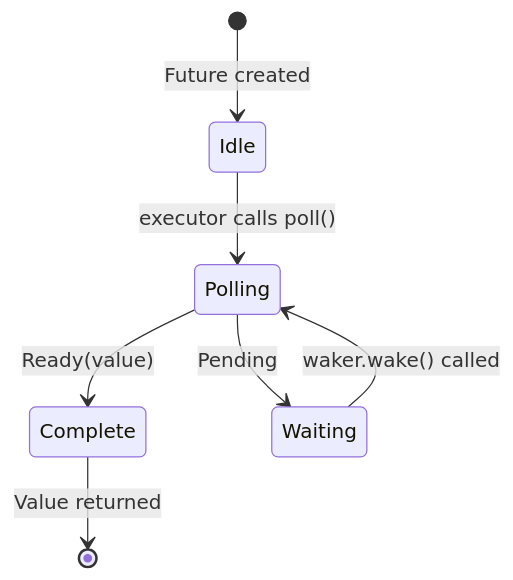
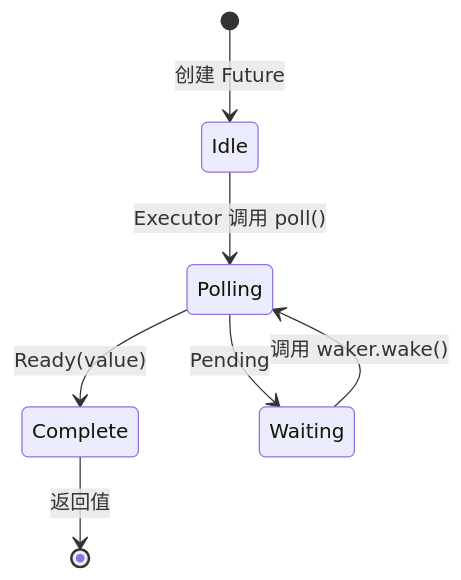
One commit to hearsay316/RustTraining changed the diagram in async-book/src-zh/ch03-how-poll-works.md. Above: the diagram before and after it, drawn with Mermaid. The commit also changed other lines of this file and 18 other files, not shown here.

````diff
--- a/async-book/src-zh/ch03-how-poll-works.md
+++ b/async-book/src-zh/ch03-how-poll-works.md
@@ -13,9 +13,9 @@
 ```mermaid
 stateDiagram-v2
-    [*] --> Idle : Future created
-    Idle --> Polling : executor calls poll()
+    [*] --> Idle : 创建 Future
+    Idle --> Polling : Executor 调用 poll()
     Polling --> Complete : Ready(value)
     Polling --> Waiting : Pending
-    Waiting --> Polling : waker.wake() called
-    Complete --> [*] : Value returned
+    Waiting --> Polling : 调用 waker.wake()
+    Complete --> [*] : 返回值
 ```
````
